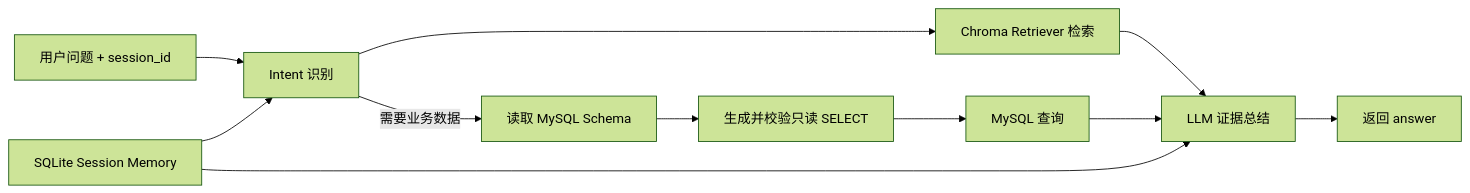
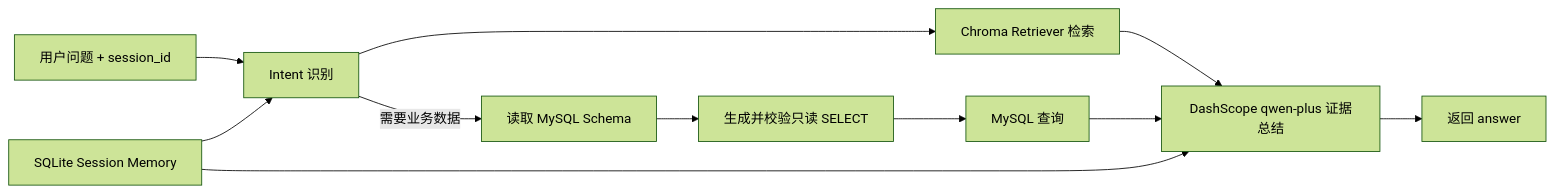
Before and after one commit to CUIShaoXin/-agent-: the first of 2 diagrams in README.md, drawn with Mermaid (forest theme). The commit also changed other lines of this file and 11 other files, not shown here.

Commit message:
Connect customer service to DashScope RAG backend

````diff
--- a/README.md
+++ b/README.md
@@ -143,13 +155,13 @@
 ```mermaid
 flowchart LR
     U["用户问题 + session_id"] --> I["Intent 识别"]
     I --> R["Chroma Retriever 检索"]
     I -->|需要业务数据| Q["读取 MySQL Schema"]
     Q --> S["生成并校验只读 SELECT"]
     S --> D["MySQL 查询"]
-    R --> L["LLM 证据总结"]
+    R --> L["DashScope qwen-plus 证据总结"]
     D --> L
     M["SQLite Session Memory"] --> I
     M --> L
     L --> A["返回 answer"]
 ```
````
